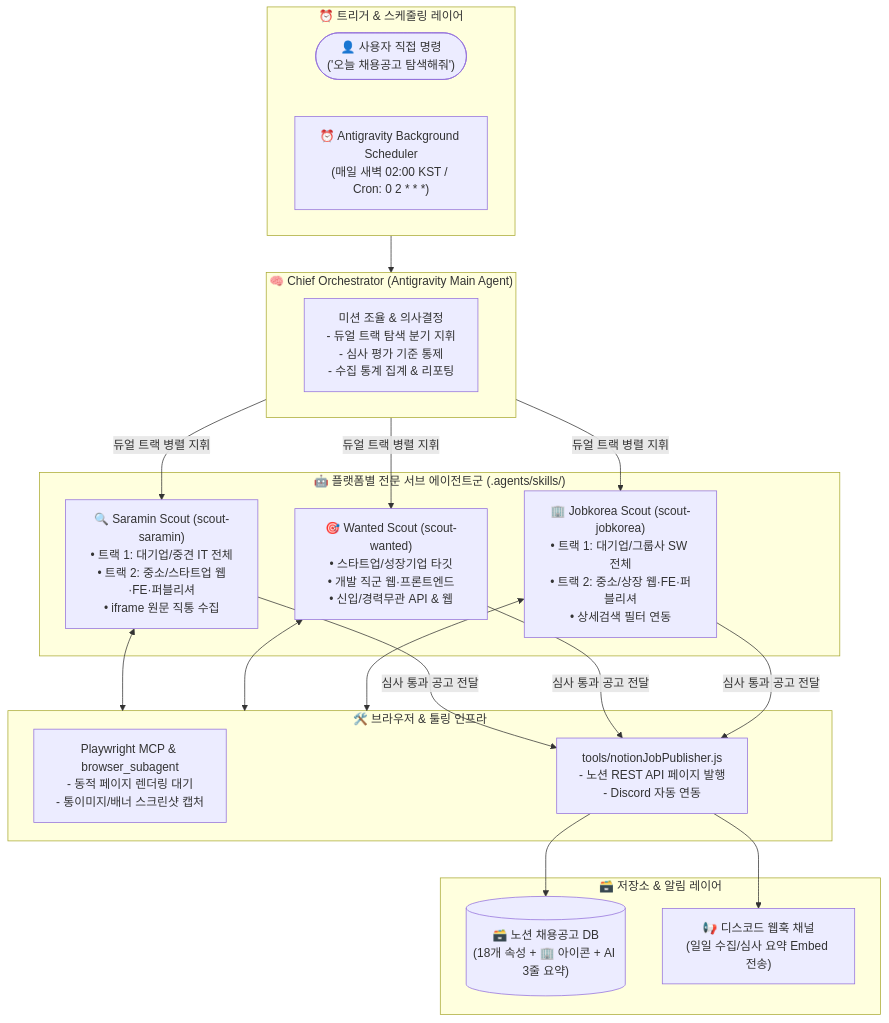
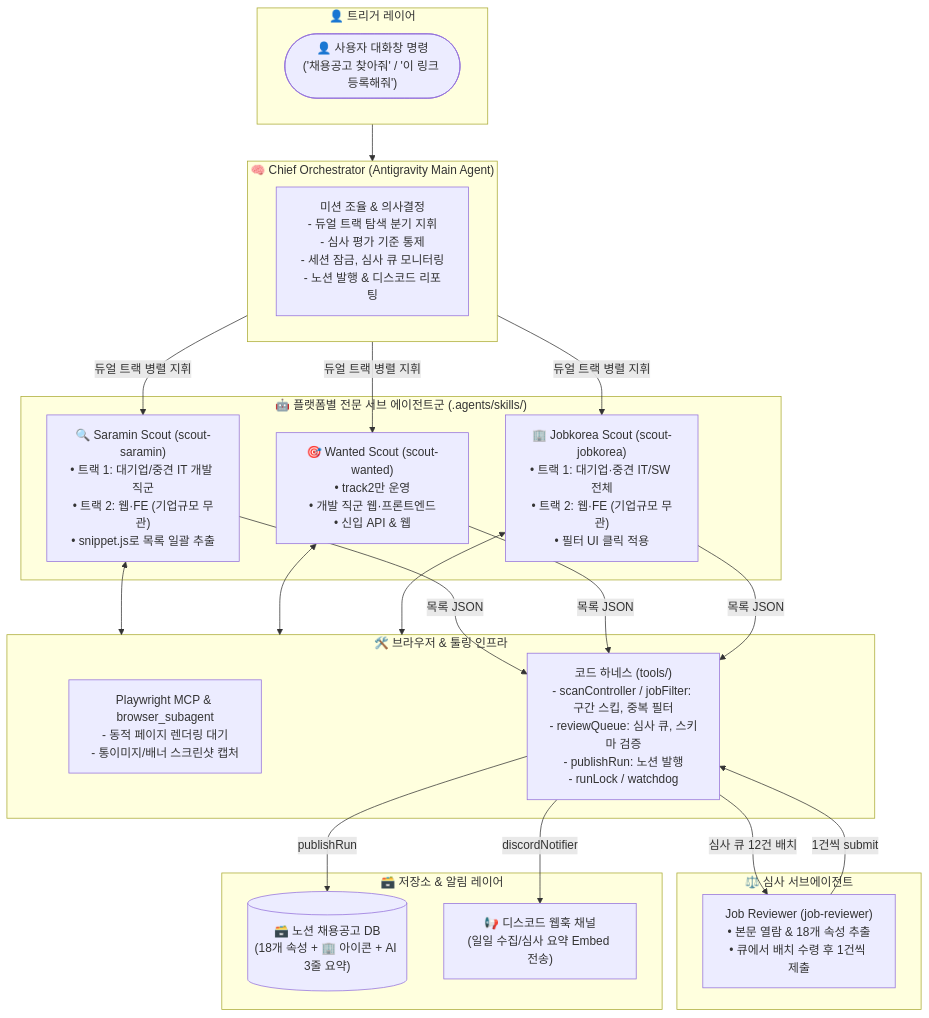
Before and after one commit to YeonShin/job-scraping-multi-agent: the diagram in docs/02-system-architecture.md, drawn with Mermaid. The commit also changed other lines of this file and 9 other files, not shown here.

Commit message:
docs: 파이프라인 규격 문서 및 설계 문서 최신화 - pipeline-spec.md 추가: 공고키, 파일 배치, 스키마, CLI 규격의 단일 원천 - 아키텍처, 에이전트 명세, 브라우징 전략을 수집/심사 분리 구조로 갱신 - 노션 스키마 문서에 공고키 속성과 중복 판정 순서 추가 - 하네스 문서의 재시도, 종료 사유, 체크포인트 규격을 코드에 맞게 정정 - README, AGENTS.md를 8단계 운영 프로토콜 기준으로 갱신

````diff
--- a/docs/02-system-architecture.md
+++ b/docs/02-system-architecture.md
@@ -7,35 +7,40 @@
 ```mermaid
 flowchart TD
-    subgraph TriggerLayer ["⏰ 트리거 & 스케줄링 레이어"]
-        UserCmd(["👤 사용자 직접 명령<br/>('오늘 채용공고 탐색해줘')"])
-        ScheduleDaemon["⏰ Antigravity Background Scheduler<br/>(매일 새벽 02:00 KST / Cron: 0 2 * * *)"]
+    subgraph TriggerLayer ["👤 트리거 레이어"]
+        UserCmd(["👤 사용자 대화창 명령<br/>('채용공고 찾아줘' / '이 링크 등록해줘')"])
     end
 
     subgraph MasterOrchestrator ["🧠 Chief Orchestrator (Antigravity Main Agent)"]
-        OrchMind["미션 조율 & 의사결정<br/>- 듀얼 트랙 탐색 분기 지휘<br/>- 심사 평가 기준 통제<br/>- 수집 통계 집계 & 리포팅"]
+        OrchMind["미션 조율 & 의사결정<br/>- 듀얼 트랙 탐색 분기 지휘<br/>- 심사 평가 기준 통제<br/>- 세션 잠금, 심사 큐 모니터링<br/>- 노션 발행 & 디스코드 리포팅"]
     end
 
     subgraph SubAgentLayer ["🤖 플랫폼별 전문 서브 에이전트군 (.agents/skills/)"]
-        SaraminAgent["🔍 Saramin Scout (scout-saramin)<br/>• 트랙 1: 대기업/중견 IT 전체<br/>• 트랙 2: 중소/스타트업 웹·FE·퍼블리셔<br/>• iframe 원문 직통 수집"]
-        WantedAgent["🎯 Wanted Scout (scout-wanted)<br/>• 스타트업/성장기업 타깃<br/>• 개발 직군 웹·프론트엔드<br/>• 신입/경력무관 API & 웹"]
-        JobkoreaAgent["🏢 Jobkorea Scout (scout-jobkorea)<br/>• 트랙 1: 대기업/그룹사 SW 전체<br/>• 트랙 2: 중소/상장 웹·FE·퍼블리셔<br/>• 상세검색 필터 연동"]
+        SaraminAgent["🔍 Saramin Scout (scout-saramin)<br/>• 트랙 1: 대기업/중견 IT 개발 직군<br/>• 트랙 2: 웹·FE (기업규모 무관)<br/>• snippet.js로 목록 일괄 추출"]
+        WantedAgent["🎯 Wanted Scout (scout-wanted)<br/>• track2만 운영<br/>• 개발 직군 웹·프론트엔드<br/>• 신입 API & 웹"]
+        JobkoreaAgent["🏢 Jobkorea Scout (scout-jobkorea)<br/>• 트랙 1: 대기업·중견 IT/SW 전체<br/>• 트랙 2: 웹·FE (기업규모 무관)<br/>• 필터 UI 클릭 적용"]
+    end
+
+    subgraph ReviewLayer ["⚖️ 심사 서브에이전트"]
+        ReviewerAgent["Job Reviewer (job-reviewer)<br/>• 본문 열람 & 18개 속성 추출<br/>• 큐에서 배치 수령 후 1건씩 제출"]
     end
 
     subgraph ToolingLayer ["🛠️ 브라우저 & 툴링 인프라"]
         BrowserTools["Playwright MCP & browser_subagent<br/>- 동적 페이지 렌더링 대기<br/>- 통이미지/배너 스크린샷 캡처"]
-        PublisherScript["tools/notionJobPublisher.js<br/>- 노션 REST API 페이지 발행<br/>- Discord 자동 연동"]
+        HarnessTools["코드 하네스 (tools/)<br/>- scanController / jobFilter: 구간 스킵, 중복 필터<br/>- reviewQueue: 심사 큐, 스키마 검증<br/>- publishRun: 노션 발행<br/>- runLock / watchdog"]
     end
 
     subgraph StorageAlert ["🗃️ 저장소 & 알림 레이어"]
         NotionDB[("🗃️ 노션 채용공고 DB<br/>(18개 속성 + 🏢 아이콘 + AI 3줄 요약)")]
         DiscordAlert["📢 디스코드 웹훅 채널<br/>(일일 수집/심사 요약 Embed 전송)"]
     end
 
     TriggerLayer --> MasterOrchestrator
     MasterOrchestrator -->|"듀얼 트랙 병렬 지휘"| SaraminAgent & WantedAgent & JobkoreaAgent
     SaraminAgent & WantedAgent & JobkoreaAgent <--> ToolingLayer
     
-    SaraminAgent & WantedAgent & JobkoreaAgent -->|"심사 통과 공고 전달"| PublisherScript
-    PublisherScript --> NotionDB
-    PublisherScript --> DiscordAlert
+    SaraminAgent & WantedAgent & JobkoreaAgent -->|"목록 JSON"| HarnessTools
+    HarnessTools -->|"심사 큐 12건 배치"| ReviewerAgent
+    ReviewerAgent -->|"1건씩 submit"| HarnessTools
+    HarnessTools -->|"publishRun"| NotionDB
+    HarnessTools -->|"discordNotifier"| DiscordAlert
 ```
````
